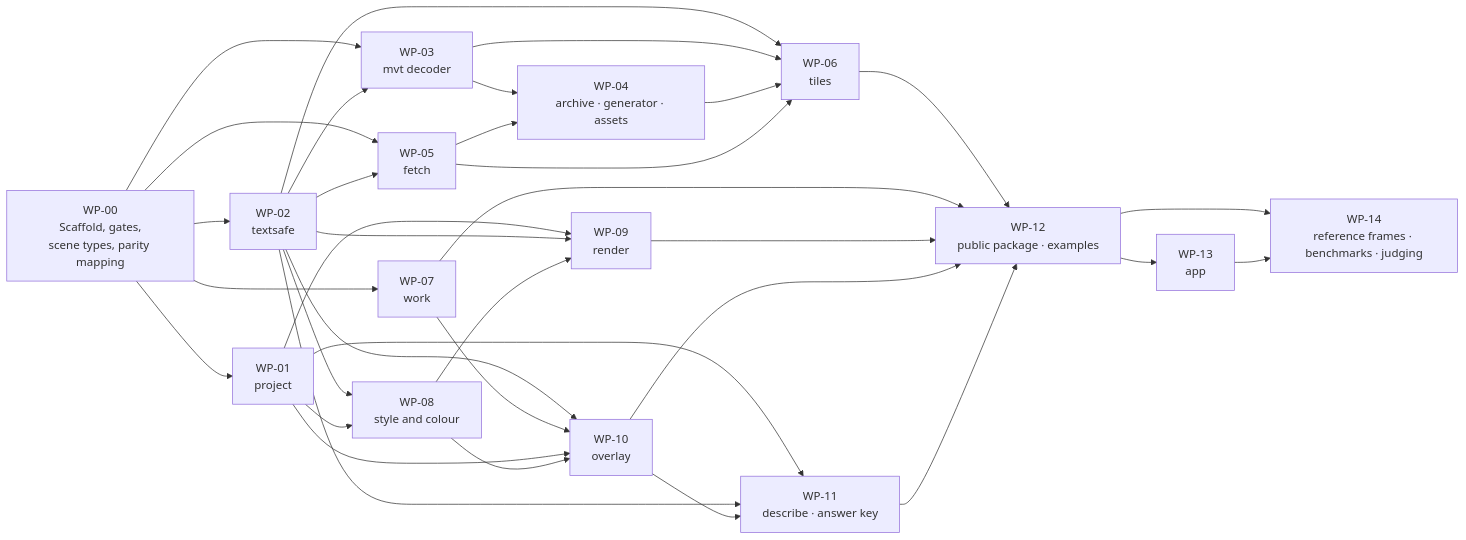
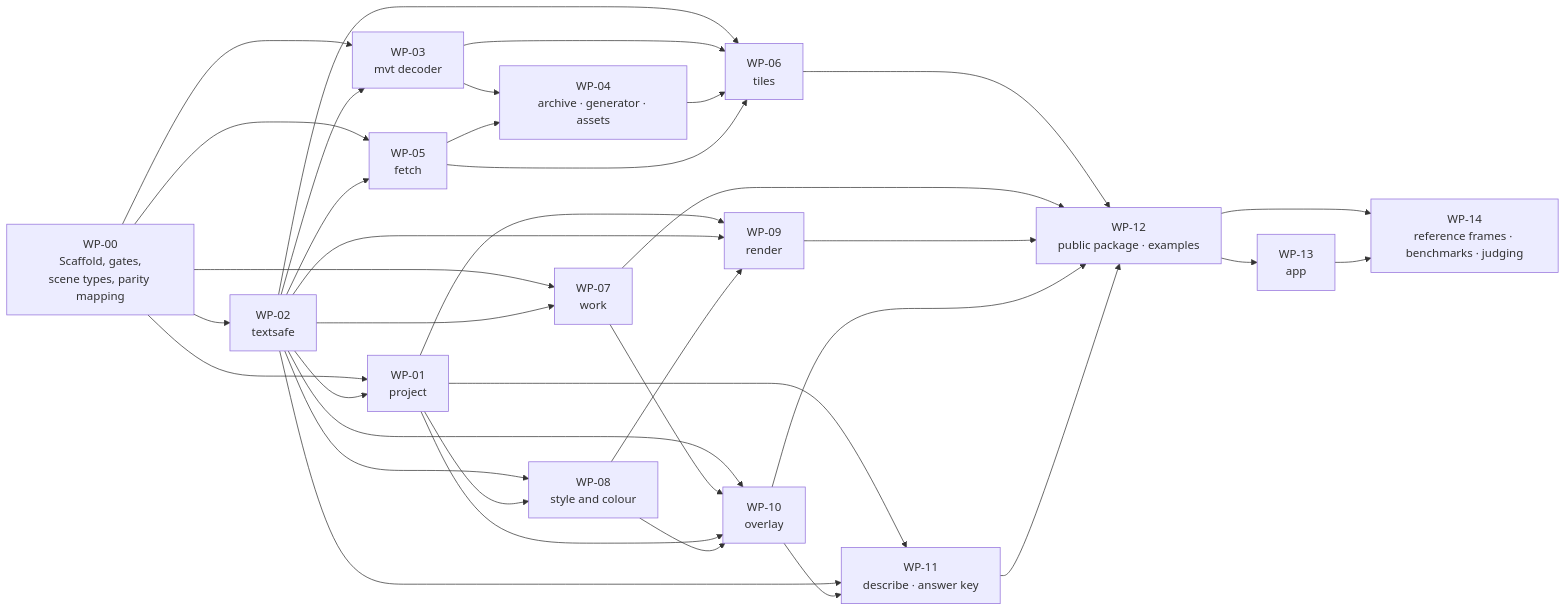
One commit to branden-thompson/go-tuimaps changed the diagram in 06_docs/02_features/go-tuimaps/04-development/implementation-plan.md. Above: the diagram before and after it, drawn with Mermaid. The commit also changed other lines of this file and 17 other files, not shown here.

````diff
--- a/06_docs/02_features/go-tuimaps/04-development/implementation-plan.md
+++ b/06_docs/02_features/go-tuimaps/04-development/implementation-plan.md
@@ -72,36 +72,38 @@
 ```mermaid
 flowchart LR
     WP00["WP-00<br/>Scaffold, gates,<br/>scene types, parity mapping"] --> WP01["WP-01<br/>project"]
     WP00 --> WP02["WP-02<br/>textsafe"]
     WP00 --> WP03["WP-03<br/>mvt decoder"]
     WP00 --> WP05["WP-05<br/>fetch"]
     WP00 --> WP07["WP-07<br/>work"]
+    WP02 --> WP01
+    WP02 --> WP07
     WP02 --> WP03
     WP02 --> WP05
     WP02 --> WP06
     WP02 --> WP08
     WP02 --> WP10
     WP07 --> WP10
     WP03 --> WP04["WP-04<br/>archive · generator · assets"]
     WP05 --> WP04
     WP03 --> WP06["WP-06<br/>tiles"]
     WP04 --> WP06
     WP05 --> WP06
     WP01 --> WP08["WP-08<br/>style and colour"]
     WP01 --> WP09["WP-09<br/>render"]
     WP02 --> WP09
     WP08 --> WP09
     WP01 --> WP10["WP-10<br/>overlay"]
     WP08 --> WP10
     WP01 --> WP11["WP-11<br/>describe · answer key"]
     WP02 --> WP11
     WP10 --> WP11
     WP06 --> WP12["WP-12<br/>public package · examples"]
     WP07 --> WP12
     WP09 --> WP12
     WP10 --> WP12
     WP11 --> WP12
     WP12 --> WP13["WP-13<br/>app"]
     WP12 --> WP14["WP-14<br/>reference frames · benchmarks · judging"]
     WP13 --> WP14
 ```
````
